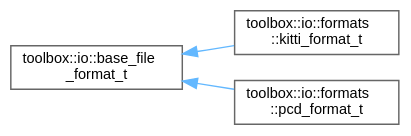
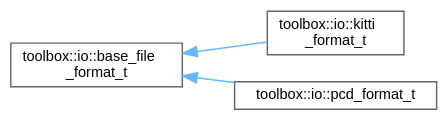
One commit to nerdneilsfield/cpp-toolbox changed the diagram in inherit_graph_27.dot. Above: the diagram before and after it, drawn with Graphviz. The commit also changed 348 other files, not shown here.

```diff
--- a/inherit_graph_27.dot
+++ b/inherit_graph_27.dot
@@ -1,13 +1,13 @@
 digraph "Graphical Class Hierarchy"
 {
  // LATEX_PDF_SIZE
   bgcolor="transparent";
   edge [fontname=Helvetica,fontsize=10,labelfontname=Helvetica,labelfontsize=10];
   node [fontname=Helvetica,fontsize=10,shape=box,height=0.2,width=0.4];
   rankdir="LR";
   Node0 [id="Node000000",label="toolbox::io::base_file\l_format_t",height=0.2,width=0.4,color="grey40", fillcolor="white", style="filled",URL="$classtoolbox_1_1io_1_1base__file__format__t.html",tooltip="文件格式读写器的基类 / Base class for file format readers/writers"];
   Node0 -> Node1 [id="edge31_Node000000_Node000001",dir="back",color="steelblue1",style="solid",tooltip=" "];
-  Node1 [id="Node000001",label="toolbox::io::formats\l::kitti_format_t",height=0.2,width=0.4,color="grey40", fillcolor="white", style="filled",URL="$classtoolbox_1_1io_1_1formats_1_1kitti__format__t.html",tooltip="KITTI 点云数据（.bin）文件格式处理器。/File format handler for KITTI Point Cloud Data (.bin) files."];
+  Node1 [id="Node000001",label="toolbox::io::kitti\l_format_t",height=0.2,width=0.4,color="grey40", fillcolor="white", style="filled",URL="$classtoolbox_1_1io_1_1kitti__format__t.html",tooltip="KITTI 点云数据（.bin）文件格式处理器。/File format handler for KITTI Point Cloud Data (.bin) files."];
   Node0 -> Node2 [id="edge32_Node000000_Node000002",dir="back",color="steelblue1",style="solid",tooltip=" "];
-  Node2 [id="Node000002",label="toolbox::io::formats\l::pcd_format_t",height=0.2,width=0.4,color="grey40", fillcolor="white", style="filled",URL="$classtoolbox_1_1io_1_1formats_1_1pcd__format__t.html",tooltip="点云数据（.pcd）文件格式处理器。/File format handler for Point Cloud Data (.pcd) files."];
+  Node2 [id="Node000002",label="toolbox::io::pcd_format_t",height=0.2,width=0.4,color="grey40", fillcolor="white", style="filled",URL="$classtoolbox_1_1io_1_1pcd__format__t.html",tooltip="点云数据（.pcd）文件格式处理器。/File format handler for Point Cloud Data (.pcd) files."];
 }
```
